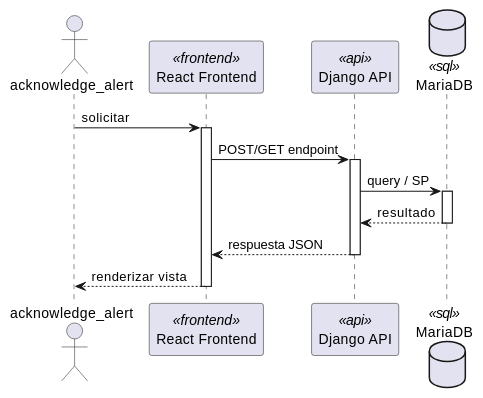
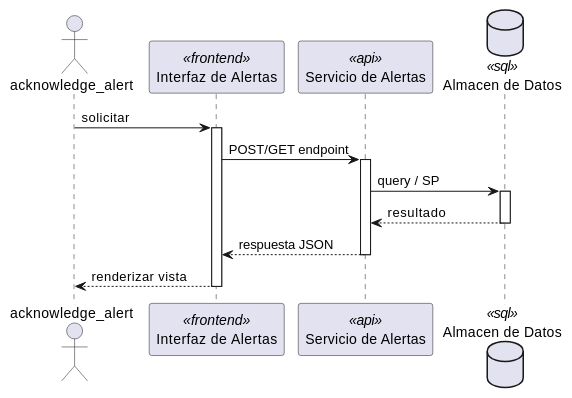
The first of 2 diagrams in source/arquitectura-tecnica/DesignView/alr-03.rst (jcg-admin/IACT-docs), drawn with PlantUML before and after one commit. The commit also changed other lines of this file and 243 other files, not shown here.

First line of the commit message:
Add missing diagrams and fix participant names across Kruchten views

```diff
--- a/source/arquitectura-tecnica/DesignView/alr-03.rst
+++ b/source/arquitectura-tecnica/DesignView/alr-03.rst
@@ -22,28 +22,28 @@
 .. uml::
  :caption: UC_ALR_03 — Design View (secuencia)
 
  @startuml
 
  actor "acknowledge_alert" as acknowledge_alert
- participant "React Frontend" as Frontend <<frontend>>
- participant "Django API" as APIServer <<api>>
- database "MariaDB" as BaseDatos <<sql>>
+ participant "Interfaz de Alertas" as Iface <<frontend>>
+ participant "Servicio de Alertas" as SvcNode <<api>>
+ database "Almacen de Datos" as Store <<sql>>
 
- acknowledge_alert -> Frontend : solicitar
- activate Frontend
+ acknowledge_alert -> Iface : solicitar
+ activate Iface
 
- Frontend -> APIServer : POST/GET endpoint
- activate APIServer
+ Iface -> SvcNode : POST/GET endpoint
+ activate SvcNode
 
- APIServer -> BaseDatos : query / SP
- activate BaseDatos
- BaseDatos --> APIServer : resultado
- deactivate BaseDatos
+ SvcNode -> Store : query / SP
+ activate Store
+ Store --> SvcNode : resultado
+ deactivate Store
 
- APIServer --> Frontend : respuesta JSON
- deactivate APIServer
+ SvcNode --> Iface : respuesta JSON
+ deactivate SvcNode
 
- Frontend --> acknowledge_alert : renderizar vista
- deactivate Frontend
+ Iface --> acknowledge_alert : renderizar vista
+ deactivate Iface
 
  @enduml
```
